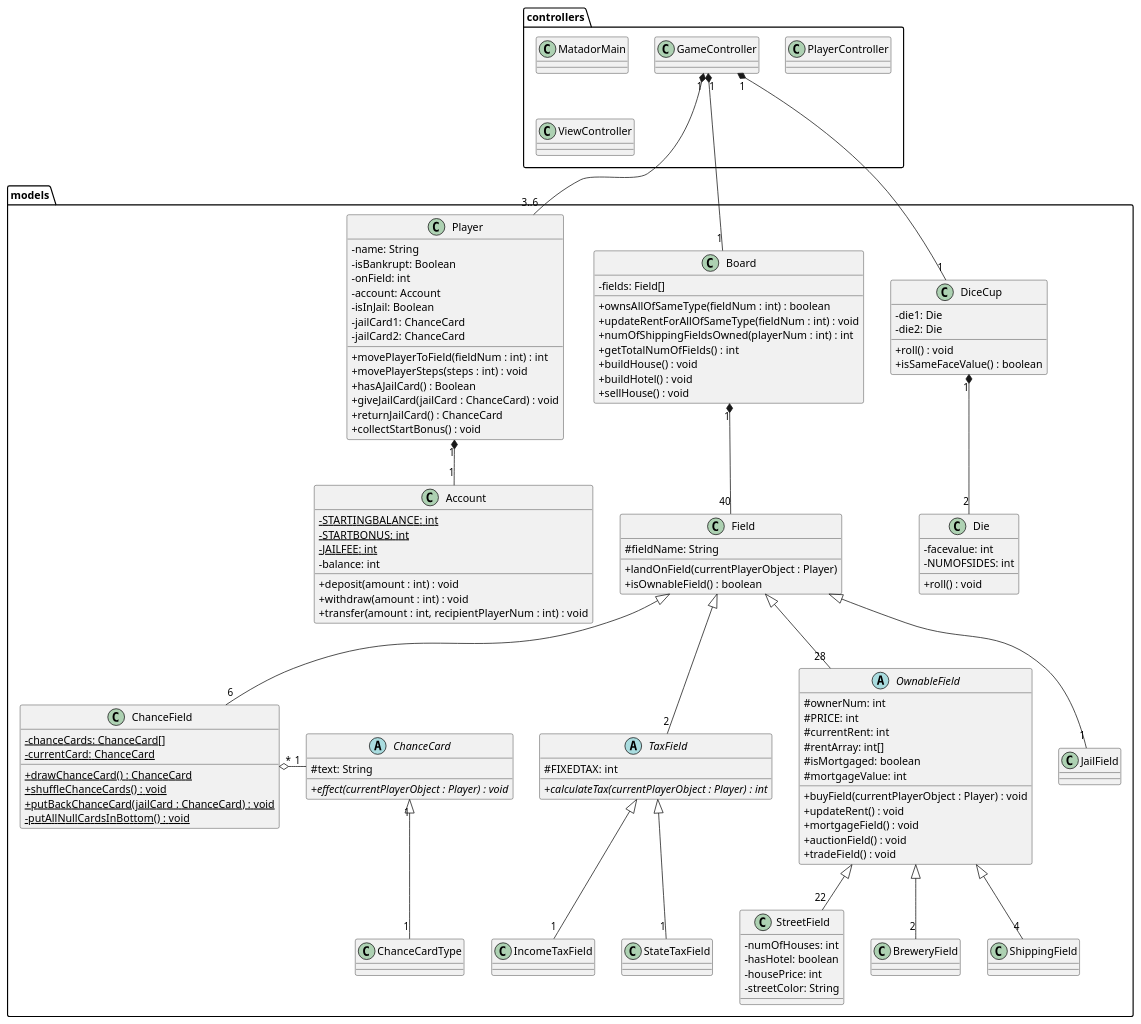
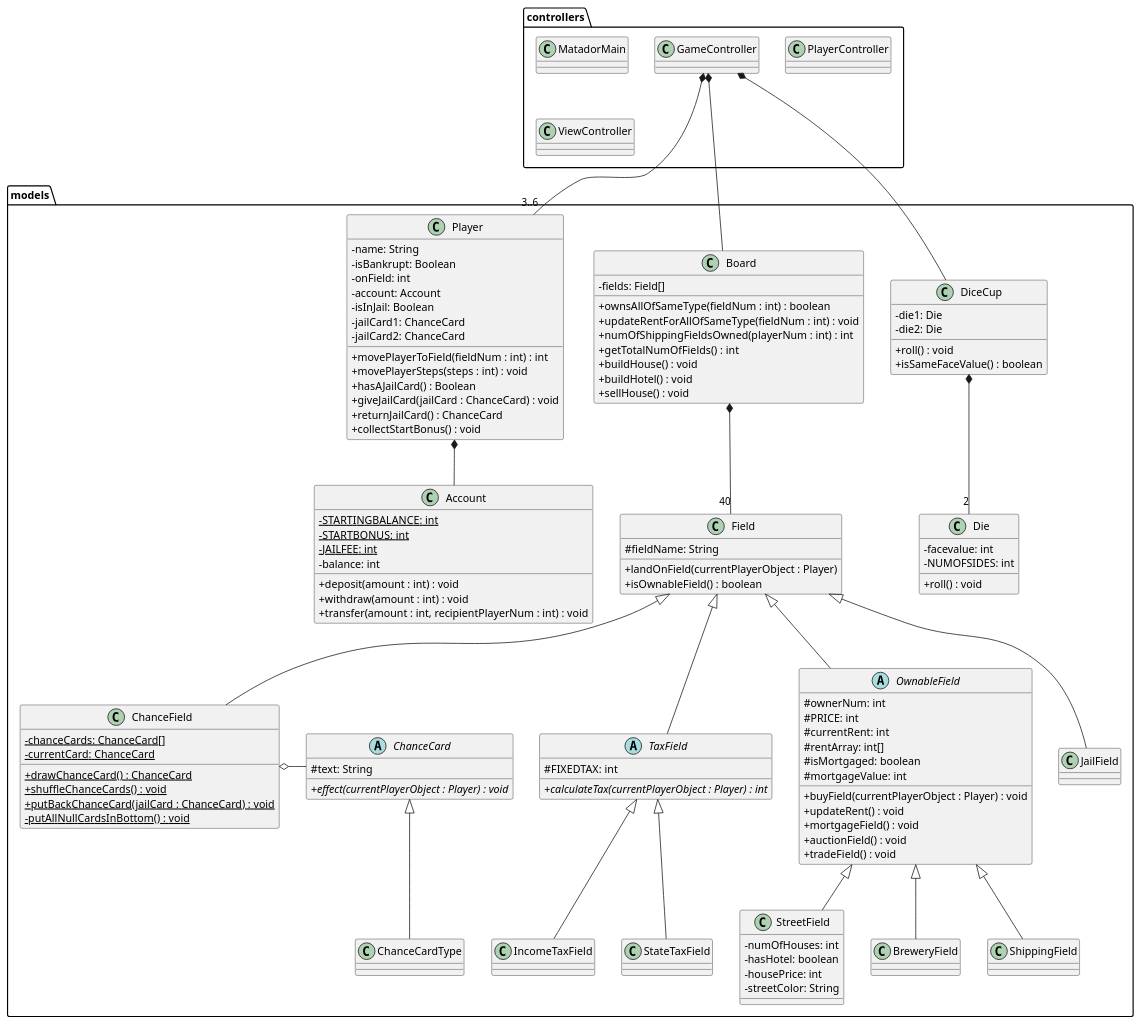
One commit to GabeKierk889/gruppe-18 changed the diagram in 18_final/UML/DesignClassDiagram.puml. Above: the diagram before and after it, drawn with PlantUML.

Commit message:
Updated DCD - multiplicities

```diff
--- a/18_final/UML/DesignClassDiagram.puml
+++ b/18_final/UML/DesignClassDiagram.puml
@@ -1,178 +1,178 @@
 @startuml
 'https://plantuml.com/class-diagram
 skinparam classAttributeIconSize 0
 package controllers {
 
 class MatadorMain {
 
 }
 
 class GameController {
 
 }
 
 class PlayerController {
 
 }
 
 class ViewController {
 
 }
 
 }
 
 package models {
 
 class Player {
     -name: String
     -isBankrupt: Boolean
     -onField: int
     -account: Account
     -isInJail: Boolean
     -jailCard1: ChanceCard
     -jailCard2: ChanceCard
 
     +movePlayerToField(fieldNum : int) : int
     +movePlayerSteps(steps : int) : void
     +hasAJailCard() : Boolean
     +giveJailCard(jailCard : ChanceCard) : void
     +returnJailCard() : ChanceCard
     +collectStartBonus() : void
 }
 
 class Board {
     -fields: Field[]
 
     +ownsAllOfSameType(fieldNum : int) : boolean
     +updateRentForAllOfSameType(fieldNum : int) : void
     +numOfShippingFieldsOwned(playerNum : int) : int
     +getTotalNumOfFields() : int
     +buildHouse() : void
     +buildHotel() : void
     +sellHouse() : void
 }
 
 class Field {
     #fieldName: String
 
     +landOnField(currentPlayerObject : Player)
     +isOwnableField() : boolean
 }
 
 class Account {
     {static} -STARTINGBALANCE: int
     {static} -STARTBONUS: int
     {static} -JAILFEE: int
     -balance: int
 
     +deposit(amount : int) : void
     +withdraw(amount : int) : void
     +transfer(amount : int, recipientPlayerNum : int) : void
 }
 
 class DiceCup {
     -die1: Die
     -die2: Die
 
     +roll() : void
     +isSameFaceValue() : boolean
 }
 
 class Die {
     -facevalue: int
     -NUMOFSIDES: int
 
     +roll() : void
 }
 
 class ChanceCardType {
 
 }
 
 abstract class ChanceCard {
     #text: String
 
     {abstract}+effect(currentPlayerObject : Player) : void
 }
 
 abstract class OwnableField {
         #ownerNum: int
         #PRICE: int
         #currentRent: int
         #rentArray: int[]
         #isMortgaged: boolean
         #mortgageValue: int
 
         +buyField(currentPlayerObject : Player) : void
         +updateRent() : void
         +mortgageField() : void
         +auctionField() : void
         +tradeField() : void
 }
 
 class StreetField {
     -numOfHouses: int
     -hasHotel: boolean
     -housePrice: int
     -streetColor: String
 
 }
 
 class BreweryField {
 
 }
 
 class ShippingField {
 
 }
 
 class ChanceField {
     {static}-chanceCards: ChanceCard[]
     {static}-currentCard: ChanceCard
 
     {static}+drawChanceCard() : ChanceCard
     {static}+shuffleChanceCards() : void
     {static}+putBackChanceCard(jailCard : ChanceCard) : void
     {static}-putAllNullCardsInBottom() : void
 }
 
 class JailField {
 
 }
 
 abstract class TaxField {
     #FIXEDTAX: int
 
     {abstract}+calculateTax(currentPlayerObject : Player) : int
 }
 
 class StateTaxField {
 
 }
 
 class IncomeTaxField {
 
 }
 
 }
 
-GameController "1" *--- "1" Board
-GameController "1" *--- "1" DiceCup
-GameController "1" *--- "3..6" Player
-Player "1" *-- "1" Account
-Board "1" *-- "40" Field
-OwnableField <|-- "22" StreetField
-Field <|-- "6" ChanceField
-Field <|-- "1" JailField
-ChanceField "*" o- "1" ChanceCard
-ChanceCard "1" <|-- "1" ChanceCardType
-DiceCup "1" *-- "2" Die
-Field <|-- "28" OwnableField
-OwnableField <|-- "2" BreweryField
-OwnableField <|-- "4" ShippingField
-Field <|-- "2" TaxField
-TaxField <|-- "1" StateTaxField
-TaxField <|-- "1" IncomeTaxField
+GameController *--- Board
+GameController *--- DiceCup
+GameController *--- "3..6" Player
+Player *-- Account
+Board *-- "40" Field
+OwnableField <|-- StreetField
+Field <|-- ChanceField
+Field <|-- JailField
+ChanceField o- ChanceCard
+ChanceCard <|-- ChanceCardType
+DiceCup *-- "2" Die
+Field <|-- OwnableField
+OwnableField <|-- BreweryField
+OwnableField <|-- ShippingField
+Field <|-- TaxField
+TaxField <|-- StateTaxField
+TaxField <|-- IncomeTaxField
 
 
 @enduml
```
